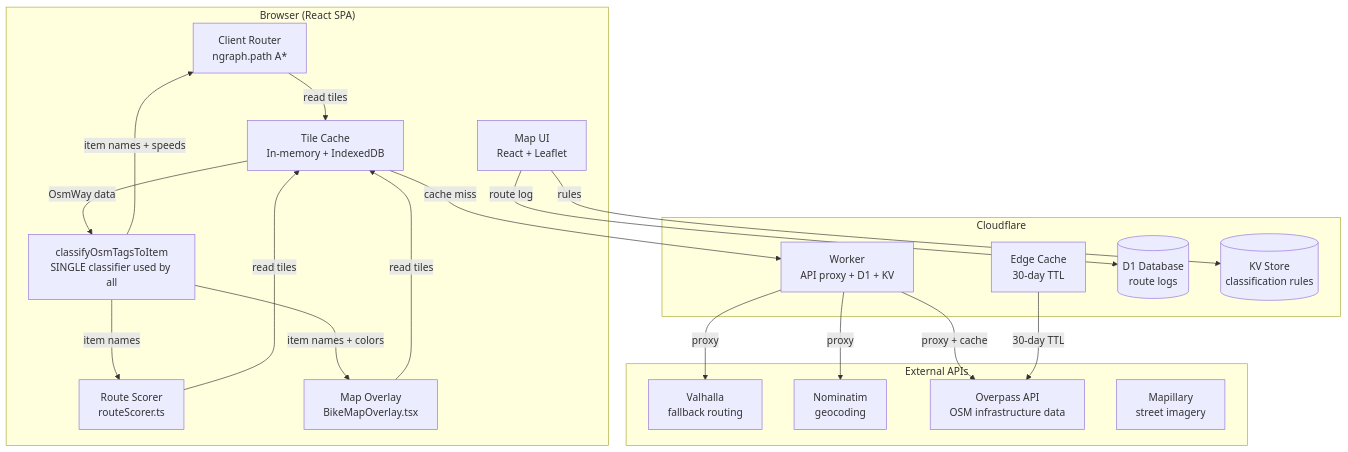
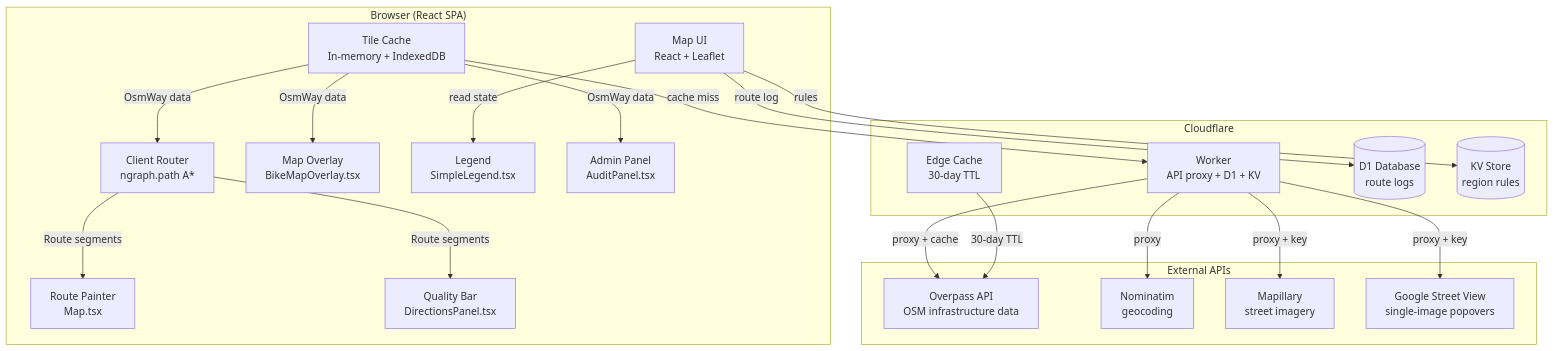
Before and after one commit to fryanpan/bike-route-finder: the first of 5 diagrams in docs/product/architecture.md, drawn with Mermaid. The commit also changed other lines of this file, not shown here.

````diff
--- a/docs/product/architecture.md
+++ b/docs/product/architecture.md
@@ -5,40 +5,42 @@
 ```mermaid
 graph TB
     subgraph "Browser (React SPA)"
         UI[Map UI<br/>React + Leaflet]
         ClientRouter[Client Router<br/>ngraph.path A*]
         TileCache[Tile Cache<br/>In-memory + IndexedDB]
-        Classify[classifyOsmTagsToItem<br/>SINGLE classifier used by all]
-        Scorer[Route Scorer<br/>routeScorer.ts]
         Overlay[Map Overlay<br/>BikeMapOverlay.tsx]
+        Painter[Route Painter<br/>Map.tsx]
+        Bar[Quality Bar<br/>DirectionsPanel.tsx]
+        Legend[Legend<br/>SimpleLegend.tsx]
+        Admin[Admin Panel<br/>AuditPanel.tsx]
     end
 
     subgraph "Cloudflare"
         Worker[Worker<br/>API proxy + D1 + KV]
         EdgeCache[Edge Cache<br/>30-day TTL]
         D1[(D1 Database<br/>route logs)]
-        KV[(KV Store<br/>classification rules)]
+        KV[(KV Store<br/>region rules)]
     end
 
     subgraph "External APIs"
-        Valhalla[Valhalla<br/>fallback routing]
+        Overpass[Overpass API<br/>OSM infrastructure data]
         Nominatim[Nominatim<br/>geocoding]
-        Overpass[Overpass API<br/>OSM infrastructure data]
         Mapillary[Mapillary<br/>street imagery]
+        StreetView[Google Street View<br/>single-image popovers]
     end
 
-    TileCache -->|OsmWay data| Classify
-    Classify -->|item names + speeds| ClientRouter
-    Classify -->|item names + colors| Overlay
-    Classify -->|item names| Scorer
-    ClientRouter -->|read tiles| TileCache
-    Overlay -->|read tiles| TileCache
-    Scorer -->|read tiles| TileCache
+    TileCache -->|OsmWay data| ClientRouter
+    TileCache -->|OsmWay data| Overlay
+    TileCache -->|OsmWay data| Admin
+    ClientRouter -->|Route segments| Painter
+    ClientRouter -->|Route segments| Bar
+    UI -->|read state| Legend
     TileCache -->|cache miss| Worker
     Worker -->|proxy + cache| Overpass
-    Worker -->|proxy| Valhalla
     Worker -->|proxy| Nominatim
+    Worker -->|proxy + key| Mapillary
+    Worker -->|proxy + key| StreetView
     UI -->|route log| D1
     UI -->|rules| KV
     EdgeCache -->|30-day TTL| Overpass
 ```
````
